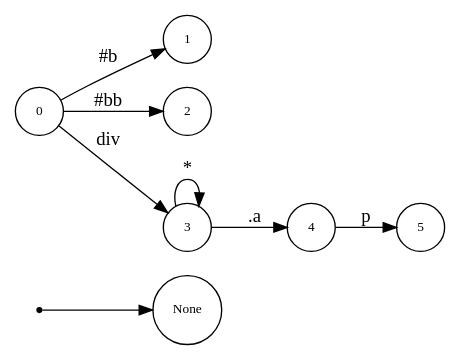
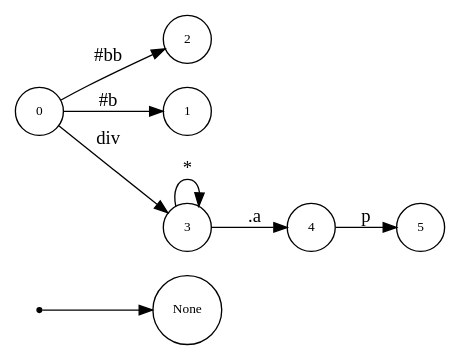
The diagram in css-gen-op/testcase/dot_tri.dot (asukaminato0721/css-bitvector-compiler), drawn with Graphviz before and after one commit. The commit also changed other lines of this file and 21 other files, not shown here.

```diff
--- a/css-gen-op/testcase/dot_tri.dot
+++ b/css-gen-op/testcase/dot_tri.dot
@@ -1,19 +1,19 @@
 digraph NFA {
   rankdir=LR;
   node [shape=circle, fontsize=10];
   __start [shape=point, label=""];
   __start -> None;
+  5 [label="5"];
+  2 [label="2"];
   1 [label="1"];
-  4 [label="4"];
-  2 [label="2"];
   0 [label="0"];
   3 [label="3"];
-  5 [label="5"];
+  4 [label="4"];
   { node [shape=doublecircle]; 1 2 5 }
   0 -> 1 [label="#b"];
   0 -> 2 [label="#bb"];
   0 -> 3 [label="div"];
   3 -> 3 [label="*"];
   3 -> 4 [label=".a"];
   4 -> 5 [label="p"];
 }
```
